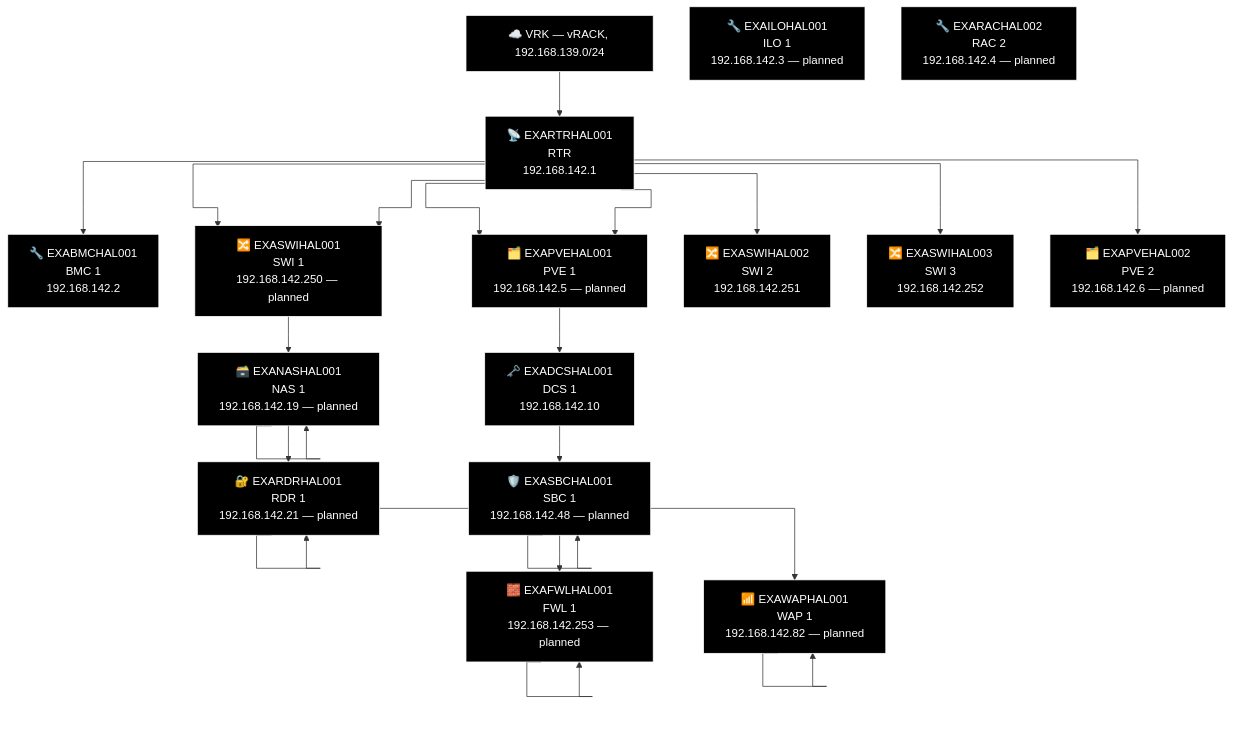
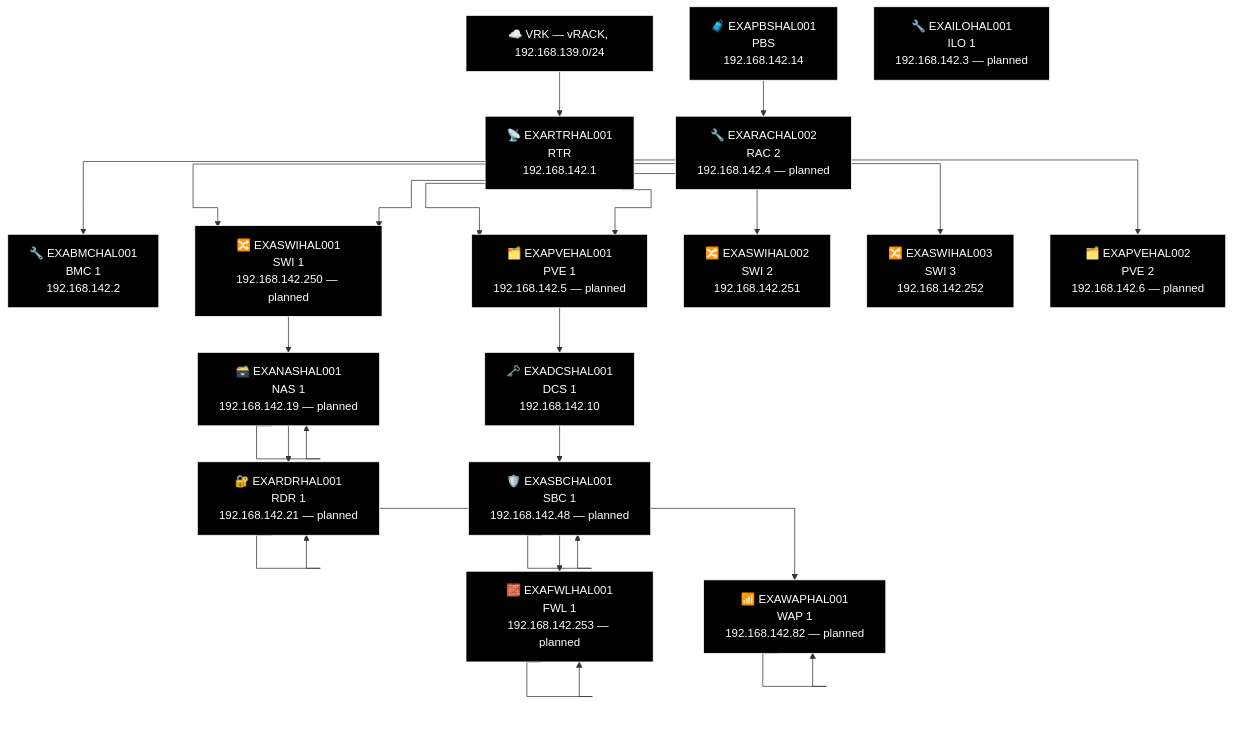
One commit to knightmare2600/example_music_infra changed diagram 21 of 27 in docs/network-diagram/england.md. Above: the diagram before and after it, drawn with Mermaid. The commit also changed other lines of this file and 14 other files, not shown here.

First line of the commit message:
docs/network-diagram: regenerate, every site was missing its PBS node

````diff
--- a/docs/network-diagram/england.md
+++ b/docs/network-diagram/england.md
@@ -1066,63 +1080,66 @@
 ```mermaid
 %% GENERATED:TOPOLOGY:HAL:START
 %%{init: {'flowchart': {'curve': 'stepAfter'}}}%%
 graph TD
     T_VRK["☁️ VRK — vRACK, 192.168.139.0/24"]
     T_RTR["📡 EXARTRHAL001<br/>RTR<br/>192.168.142.1"]
     T_VRK --> T_RTR
     T_BMC["🔧 EXABMCHAL001<br/>BMC 1<br/>192.168.142.2"]
     T_RTR --> T_BMC
     T_PVE["🗂️ EXAPVEHAL001<br/>PVE 1<br/>192.168.142.5"]
     T_RTR --> T_PVE
     T_SWI["🔀 EXASWIHAL001<br/>SWI 1<br/>192.168.142.250"]
     T_RTR --> T_SWI
     T_SWI2["🔀 EXASWIHAL002<br/>SWI 2<br/>192.168.142.251"]
     T_RTR --> T_SWI2
     T_SWI3["🔀 EXASWIHAL003<br/>SWI 3<br/>192.168.142.252"]
     T_RTR --> T_SWI3
     T_SWI["🔀 EXASWIHAL001<br/>SWI 1<br/>192.168.142.250 — planned"]
     T_RTR --> T_SWI
     T_PVE["🗂️ EXAPVEHAL001<br/>PVE 1<br/>192.168.142.5 — planned"]
     T_RTR --> T_PVE
     T_PVE2["🗂️ EXAPVEHAL002<br/>PVE 2<br/>192.168.142.6 — planned"]
     T_RTR --> T_PVE2
     T_NAS["🗃️ EXANASHAL001<br/>NAS<br/>192.168.142.19"]
     T_NAS["🗃️ EXANASHAL001<br/>NAS 1<br/>192.168.142.19 — planned"]
     T_RDR["🔐 EXARDRHAL001<br/>RDR<br/>192.168.142.21"]
     T_RDR["🔐 EXARDRHAL001<br/>RDR 1<br/>192.168.142.21 — planned"]
     T_WAP["📶 EXAWAPHAL001<br/>WAP 1<br/>192.168.142.82"]
     T_WAP["📶 EXAWAPHAL001<br/>WAP 1<br/>192.168.142.82 — planned"]
     T_SWI --> T_NAS --> T_NAS --> T_RDR --> T_RDR --> T_WAP --> T_WAP
     T_DCS["🗝️ EXADCSHAL001<br/>DCS 1<br/>192.168.142.10"]
     T_SBC["🛡️ EXASBCHAL001<br/>SBC<br/>192.168.142.48"]
     T_SBC["🛡️ EXASBCHAL001<br/>SBC 1<br/>192.168.142.48 — planned"]
     T_FWL["🧱 EXAFWLHAL001<br/>LAN Face<br/>192.168.142.253"]
     T_FWL["🧱 EXAFWLHAL001<br/>FWL 1<br/>192.168.142.253 — planned"]
     T_PVE --> T_DCS --> T_SBC --> T_SBC --> T_FWL --> T_FWL
+    T_PBS["🧳 EXAPBSHAL001<br/>PBS<br/>192.168.142.14"]
     T_ILO["🔧 EXAILOHAL001<br/>ILO 1<br/>192.168.142.3 — planned"]
     T_RAC["🔧 EXARACHAL002<br/>RAC 2<br/>192.168.142.4 — planned"]
+    T_PBS --> T_RAC
     style T_VRK fill:#000000,stroke:#FFFFFF,color:#FFFFFF
     style T_RTR fill:#000000,stroke:#FFFFFF,color:#FFFFFF
     style T_BMC fill:#000000,stroke:#FFFFFF,color:#FFFFFF
     style T_PVE fill:#000000,stroke:#FFFFFF,color:#FFFFFF
     style T_SWI fill:#000000,stroke:#FFFFFF,color:#FFFFFF
     style T_SWI2 fill:#000000,stroke:#FFFFFF,color:#FFFFFF
     style T_SWI3 fill:#000000,stroke:#FFFFFF,color:#FFFFFF
     style T_SWI fill:#000000,stroke:#FFFFFF,color:#FFFFFF
     style T_PVE fill:#000000,stroke:#FFFFFF,color:#FFFFFF
     style T_PVE2 fill:#000000,stroke:#FFFFFF,color:#FFFFFF
     style T_NAS fill:#000000,stroke:#FFFFFF,color:#FFFFFF
     style T_NAS fill:#000000,stroke:#FFFFFF,color:#FFFFFF
     style T_RDR fill:#000000,stroke:#FFFFFF,color:#FFFFFF
     style T_RDR fill:#000000,stroke:#FFFFFF,color:#FFFFFF
     style T_WAP fill:#000000,stroke:#FFFFFF,color:#FFFFFF
     style T_WAP fill:#000000,stroke:#FFFFFF,color:#FFFFFF
     style T_DCS fill:#000000,stroke:#FFFFFF,color:#FFFFFF
     style T_SBC fill:#000000,stroke:#FFFFFF,color:#FFFFFF
     style T_SBC fill:#000000,stroke:#FFFFFF,color:#FFFFFF
     style T_FWL fill:#000000,stroke:#FFFFFF,color:#FFFFFF
     style T_FWL fill:#000000,stroke:#FFFFFF,color:#FFFFFF
+    style T_PBS fill:#000000,stroke:#FFFFFF,color:#FFFFFF
     style T_ILO fill:#000000,stroke:#FFFFFF,color:#FFFFFF
     style T_RAC fill:#000000,stroke:#FFFFFF,color:#FFFFFF
 %% GENERATED:TOPOLOGY:HAL:END
 ```
````
